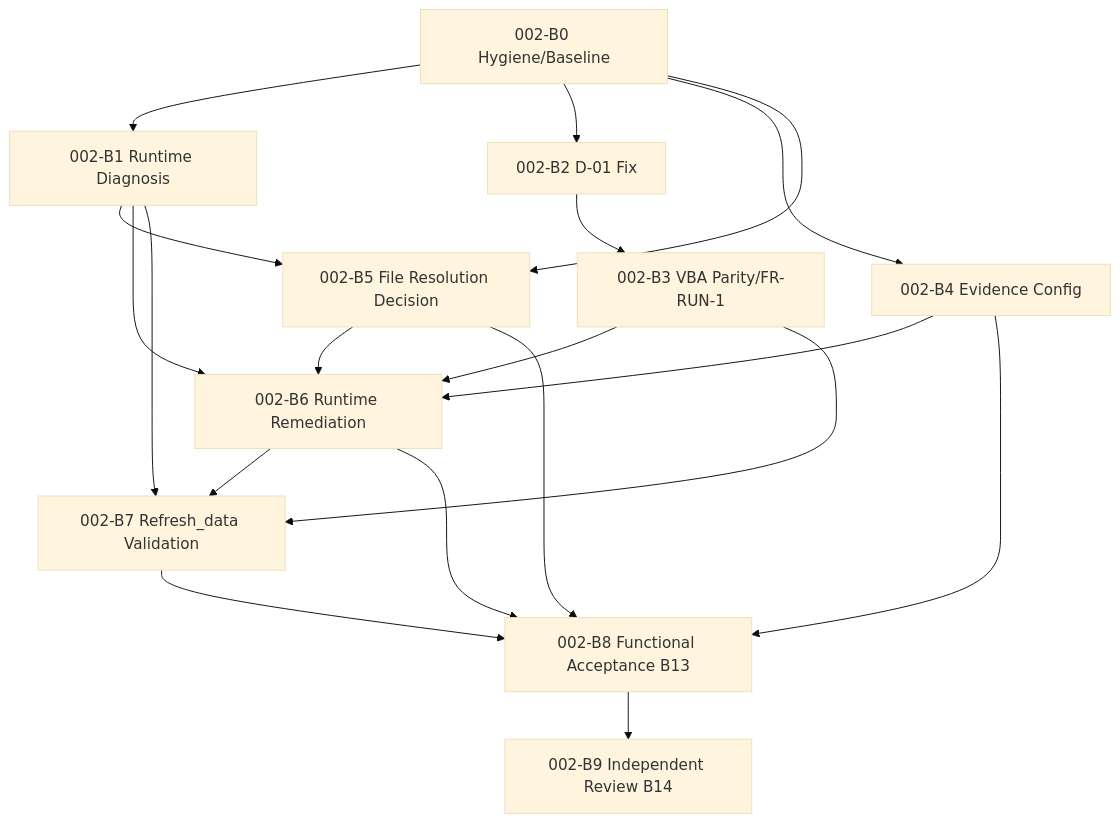
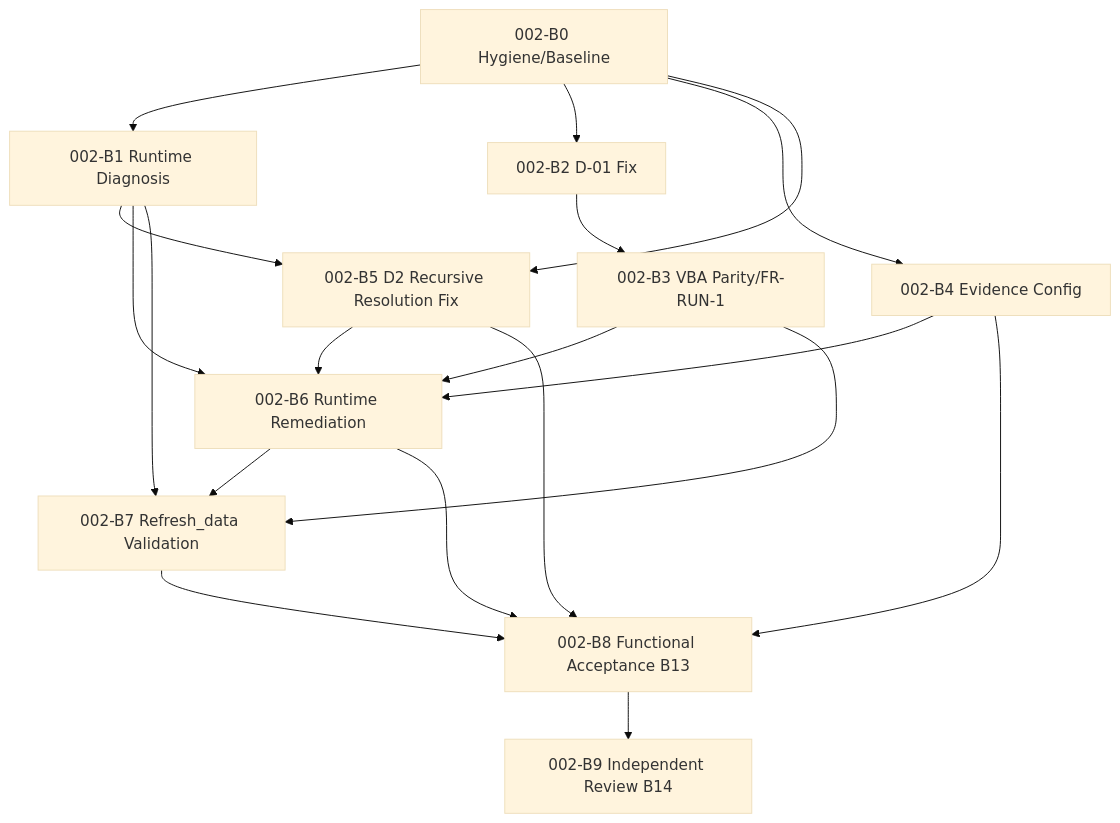
Before and after one commit to manicko/mko_treport: the diagram in .ai/plans/002-treport-execution-plan.md, drawn with Mermaid (base theme). The commit also changed other lines of this file and 3 other files, not shown here.

````diff
--- a/.ai/plans/002-treport-execution-plan.md
+++ b/.ai/plans/002-treport-execution-plan.md
@@ -306,21 +307,21 @@
 ```mermaid
 flowchart TD
   B0[002-B0 Hygiene/Baseline] --> B1[002-B1 Runtime Diagnosis]
   B0 --> B2[002-B2 D-01 Fix]
   B0 --> B4[002-B4 Evidence Config]
-  B0 --> B5[002-B5 File Resolution Decision]
+  B0 --> B5[002-B5 D2 Recursive Resolution Fix]
   B1 --> B5
   B2 --> B3[002-B3 VBA Parity/FR-RUN-1]
   B1 --> B6[002-B6 Runtime Remediation]
   B3 --> B6
   B4 --> B6
   B5 --> B6
   B1 --> B7[002-B7 Refresh_data Validation]
   B3 --> B7
   B6 --> B7
   B4 --> B8[002-B8 Functional Acceptance B13]
   B5 --> B8
   B6 --> B8
   B7 --> B8
   B8 --> B9[002-B9 Independent Review B14]
 ```
````
